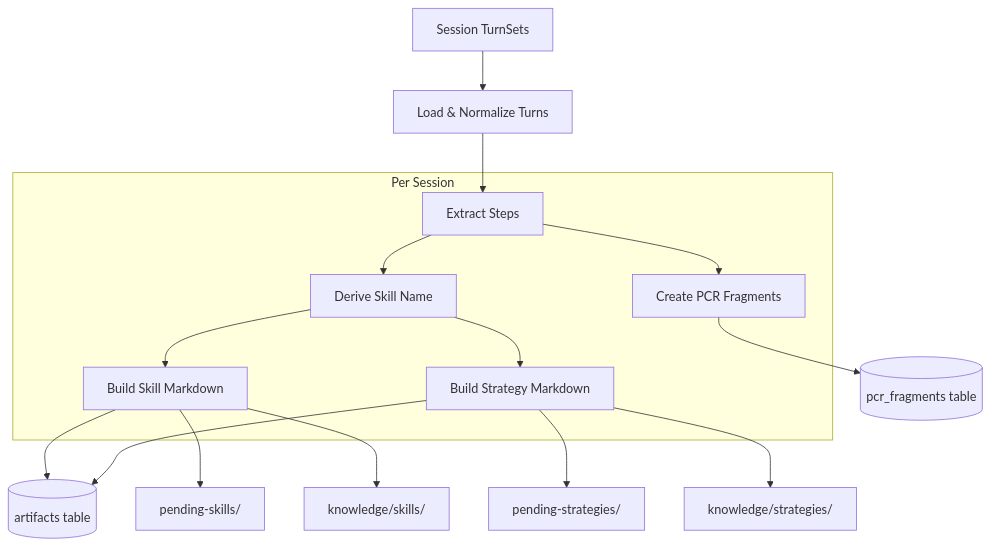
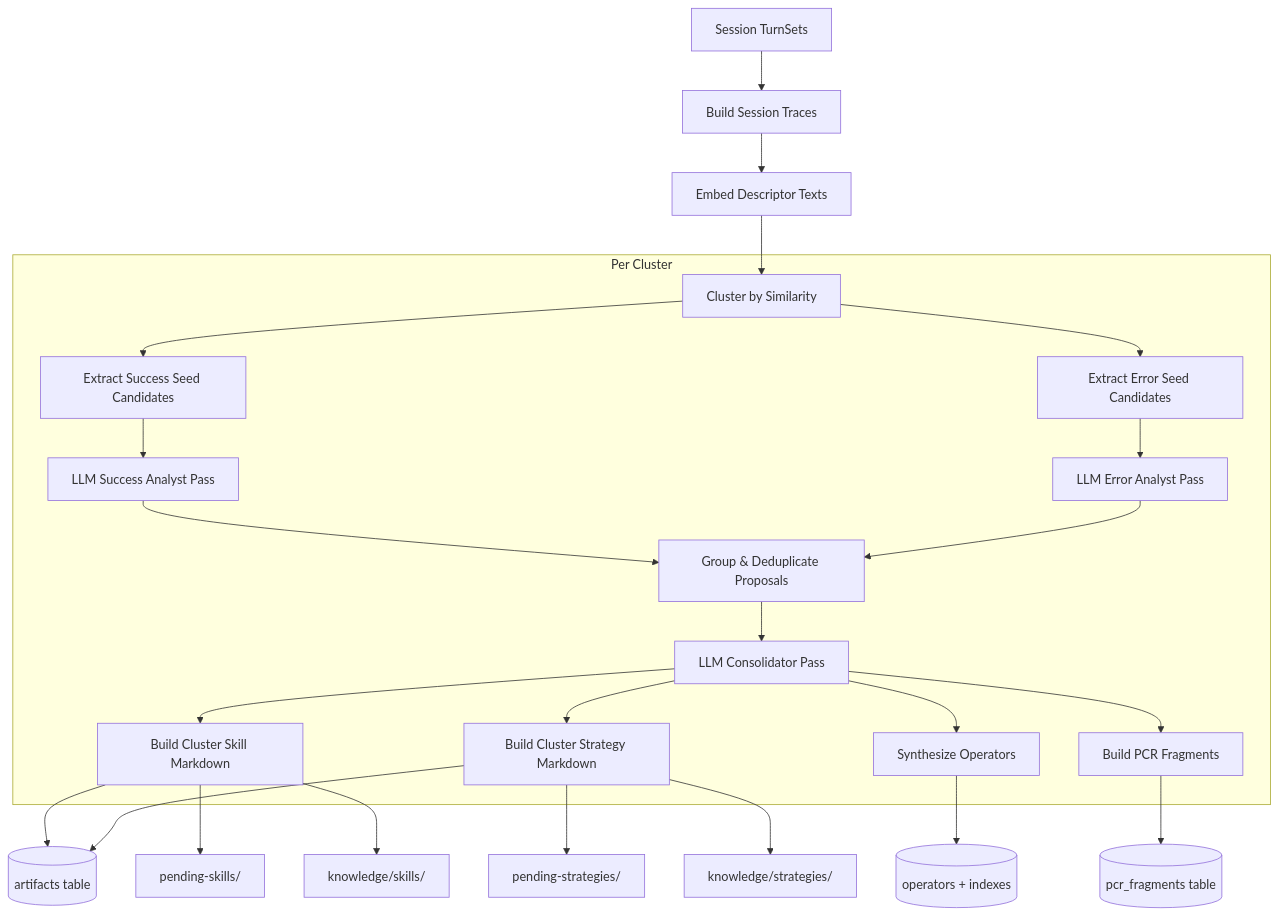
One commit to hbmartin/ratchet changed the sixth of 12 diagrams in ARCHITECTURE_OVERVIEW.md. Above: the diagram before and after it, drawn with Mermaid. The commit also changed other lines of this file and 1 other file, not shown here.

````diff
--- a/ARCHITECTURE_OVERVIEW.md
+++ b/ARCHITECTURE_OVERVIEW.md
@@ -267,26 +279,30 @@
 ```mermaid
 flowchart TD
-    Sessions[Session TurnSets] --> Load[Load & Normalize Turns]
-    Load --> Extract[Extract Steps]
-    Extract --> Name[Derive Skill Name]
-    Name --> Skill[Build Skill Markdown]
-    Name --> Strategy[Build Strategy Markdown]
-    Extract --> PCR[Create PCR Fragments]
+    Sessions[Session TurnSets] --> Traces[Build Session Traces]
+    Traces --> Embed[Embed Descriptor Texts]
+    Embed --> Cluster[Cluster by Similarity]
 
-    subgraph "Per Session"
-        Extract
-        Name
-        Skill
-        Strategy
-        PCR
+    subgraph "Per Cluster"
+        Cluster --> SuccessSeeds[Extract Success Seed Candidates]
+        Cluster --> ErrorSeeds[Extract Error Seed Candidates]
+        SuccessSeeds --> SuccessAnalyst[LLM Success Analyst Pass]
+        ErrorSeeds --> ErrorAnalyst[LLM Error Analyst Pass]
+        SuccessAnalyst --> Group[Group & Deduplicate Proposals]
+        ErrorAnalyst --> Group
+        Group --> Consolidator[LLM Consolidator Pass]
+        Consolidator --> SkillMD[Build Cluster Skill Markdown]
+        Consolidator --> StrategyMD[Build Cluster Strategy Markdown]
+        Consolidator --> Operators[Synthesize Operators]
+        Consolidator --> PCR[Build PCR Fragments]
     end
 
-    Skill --> ArtifactDB[(artifacts table)]
-    Strategy --> ArtifactDB
+    SkillMD --> ArtifactDB[(artifacts table)]
+    StrategyMD --> ArtifactDB
     PCR --> PCRDB[(pcr_fragments table)]
+    Operators --> OpDB[(operators + indexes)]
 
-    Skill --> PendingFS[pending-skills/]
-    Strategy --> PendingFS2[pending-strategies/]
-    Skill --> KnowledgeFS[knowledge/skills/]
-    Strategy --> KnowledgeFS2[knowledge/strategies/]
+    SkillMD --> PendingFS[pending-skills/]
+    StrategyMD --> PendingFS2[pending-strategies/]
+    SkillMD --> KnowledgeFS[knowledge/skills/]
+    StrategyMD --> KnowledgeFS2[knowledge/strategies/]
 ```
````
